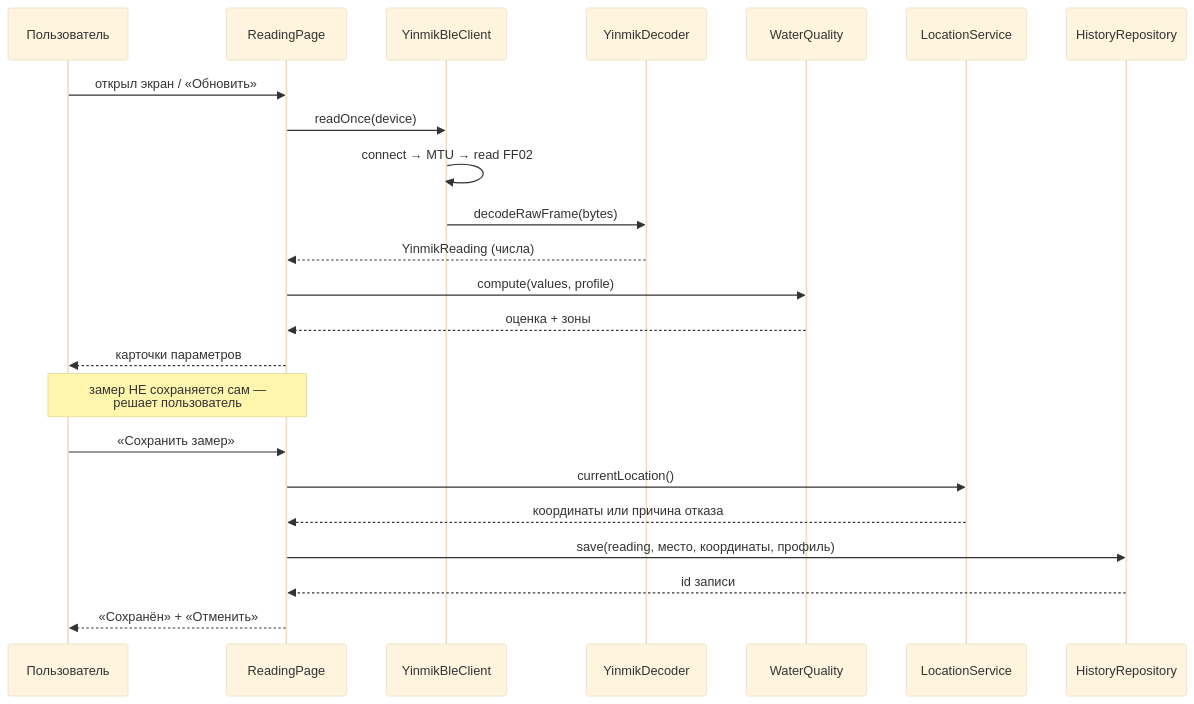
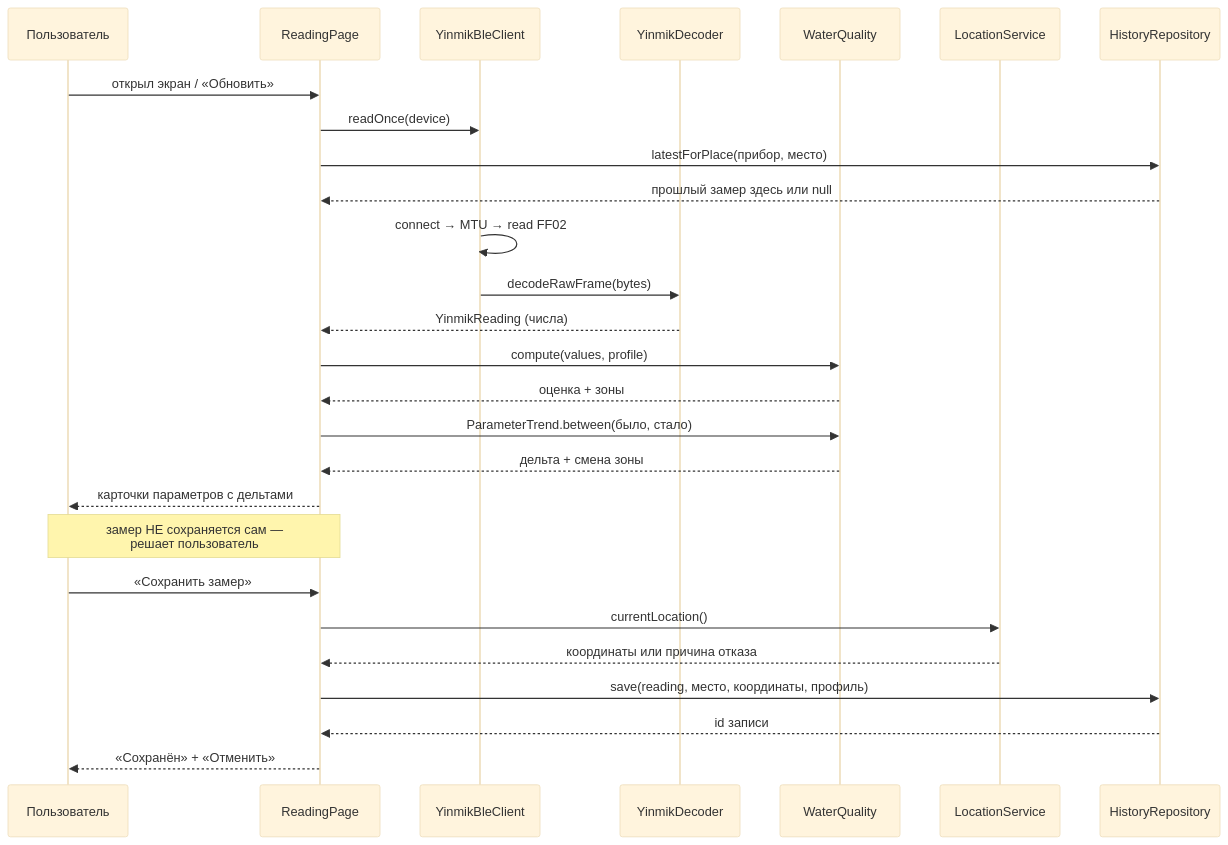
The second of 2 diagrams in docs/01-architecture.md (EugeneSoftwareDeveloper/SmartHomeWaterAnalyzer), drawn with Mermaid (base theme) before and after one commit. The commit also changed other lines of this file and 19 other files, not shown here.

````diff
--- a/docs/01-architecture.md
+++ b/docs/01-architecture.md
@@ -76,28 +76,32 @@
 ```mermaid
 sequenceDiagram
     participant U as Пользователь
     participant R as ReadingPage
     participant C as YinmikBleClient
     participant D as YinmikDecoder
     participant Q as WaterQuality
     participant L as LocationService
     participant H as HistoryRepository
 
     U->>R: открыл экран / «Обновить»
     R->>C: readOnce(device)
+    R->>H: latestForPlace(прибор, место)
+    H-->>R: прошлый замер здесь или null
     C->>C: connect → MTU → read FF02
     C->>D: decodeRawFrame(bytes)
     D-->>R: YinmikReading (числа)
     R->>Q: compute(values, profile)
     Q-->>R: оценка + зоны
-    R-->>U: карточки параметров
+    R->>Q: ParameterTrend.between(было, стало)
+    Q-->>R: дельта + смена зоны
+    R-->>U: карточки параметров с дельтами
 
     Note over R,U: замер НЕ сохраняется сам —<br/>решает пользователь
 
     U->>R: «Сохранить замер»
     R->>L: currentLocation()
     L-->>R: координаты или причина отказа
     R->>H: save(reading, место, координаты, профиль)
     H-->>R: id записи
     R-->>U: «Сохранён» + «Отменить»
 ```
````
